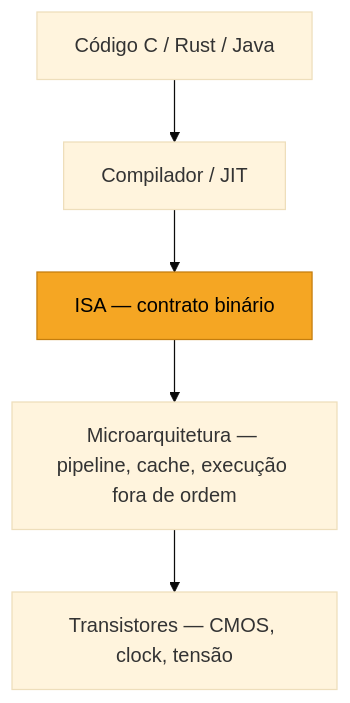
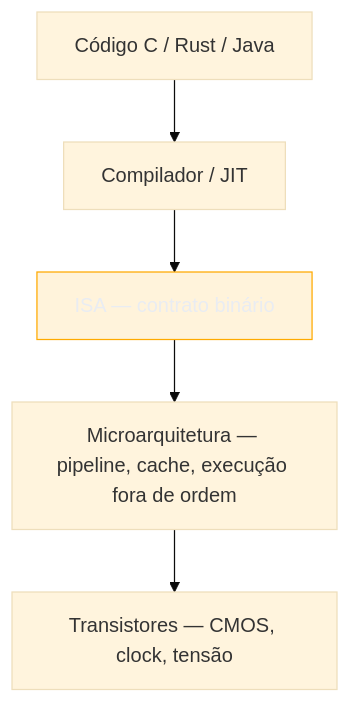
Before and after one commit to josenaldo/codex-technomanticus: the first of 4 diagrams in 03-Dominios/Ciência/Organização de Computadores/08 - ISA - a interface hardware-software.md, drawn with Mermaid (base theme). The commit also changed 1181 other files, not shown here.

First line of the commit message:
fix(diagramas): paleta do sistema no lugar de cor cravada no markdown

````diff
--- a/03-Dominios/Ciência/Organização de Computadores/08 - ISA - a interface hardware-software.md
+++ b/03-Dominios/Ciência/Organização de Computadores/08 - ISA - a interface hardware-software.md
@@ -49,9 +49,10 @@
 ```mermaid
 flowchart TD
+    classDef destaque fill:#FFAA0024,stroke:#FFAA00,color:#E9ECF2
     A["Código C / Rust / Java"] --> B["Compilador / JIT"]
     B --> C["ISA — contrato binário"]
     C --> D["Microarquitetura — pipeline, cache, execução fora de ordem"]
     D --> E["Transistores — CMOS, clock, tensão"]
 
-    style C fill:#f5a623,color:#000,stroke:#c47d0e
+    class C destaque
 ```
````
